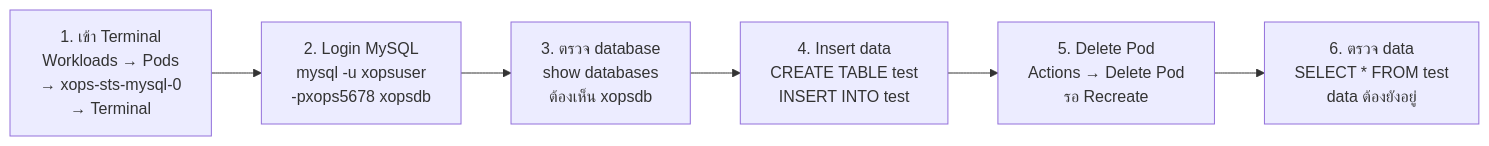
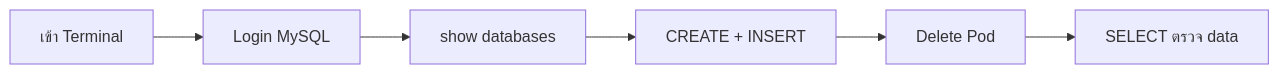
One commit to 989x/devops-kb changed the fifth of 5 diagrams in 01-cloud/openlandscape/prd-platform/okd_statefulset_guid.md. Above: the diagram before and after it, drawn with Mermaid. The commit also changed other lines of this file and 1 other file, not shown here.

Commit message:
docs: update mermaid, add mysql test case

````diff
--- a/01-cloud/openlandscape/prd-platform/okd_statefulset_guid.md
+++ b/01-cloud/openlandscape/prd-platform/okd_statefulset_guid.md
@@ -197,11 +201,8 @@
 ```mermaid
 flowchart LR
-    T1["1. เข้า Terminal\nWorkloads → Pods\n→ xops-sts-mysql-0\n→ Terminal"]
-    T2["2. Login MySQL\nmysql -u xopsuser\n-pxops5678 xopsdb"]
-    T3["3. ตรวจ database\nshow databases\nต้องเห็น xopsdb"]
-    T4["4. Insert data\nCREATE TABLE test\nINSERT INTO test"]
-    T5["5. Delete Pod\nActions → Delete Pod\nรอ Recreate"]
-    T6["6. ตรวจ data\nSELECT * FROM test\ndata ต้องยังอยู่"]
-
-    T1 --> T2 --> T3 --> T4 --> T5 --> T6
+    T1["เข้า Terminal"] --> T2["Login MySQL"]
+    T2 --> T3["show databases"]
+    T3 --> T4["CREATE + INSERT"]
+    T4 --> T5["Delete Pod"]
+    T5 --> T6["SELECT ตรวจ data"]
 ```
````
